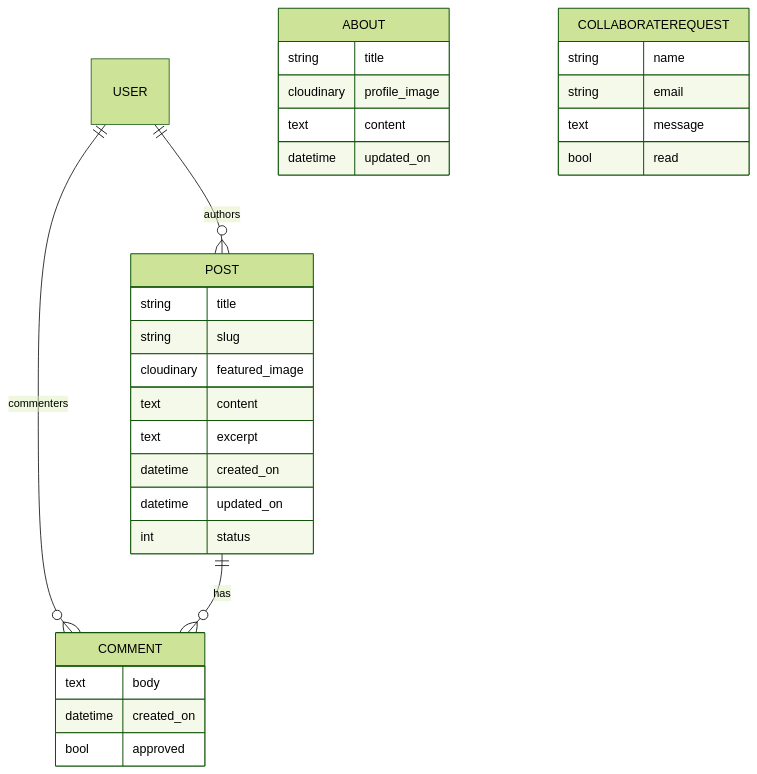
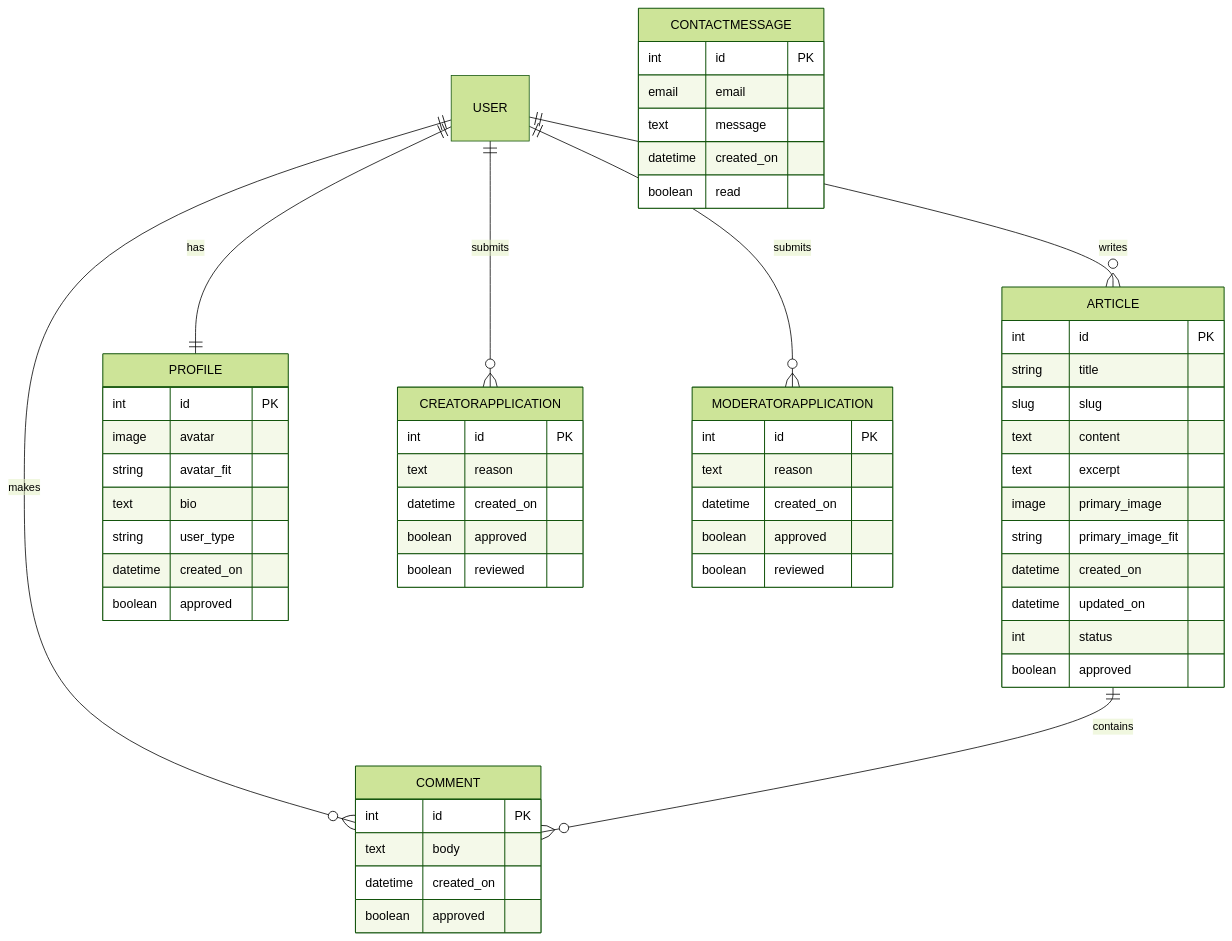
Before and after one commit to Ironmonkeynuts/tolkien_forum: the diagram in README.md, drawn with Mermaid (forest theme). The commit also changed other lines of this file, not shown here.

Commit message:
Add erDiagram for models. Update text in Wireframes section and in UX Scope and Structure

````diff
--- a/README.md
+++ b/README.md
@@ -319,33 +319,66 @@
 ```mermaid
 erDiagram
-    USER ||--o{ POST : "authors"
-    USER ||--o{ COMMENT : "commenters"
-    POST ||--o{ COMMENT : "has"
-    POST {
+
+    USER ||--o{ ARTICLE : writes
+    USER ||--o{ COMMENT : makes
+    USER ||--|| PROFILE : has
+    USER ||--o{ CREATORAPPLICATION : submits
+    USER ||--o{ MODERATORAPPLICATION : submits
+
+    ARTICLE ||--o{ COMMENT : contains
+
+    ARTICLE {
+        int id PK
         string title
-        string slug
-        cloudinary featured_image
+        slug slug
         text content
         text excerpt
+        image primary_image
+        string primary_image_fit
         datetime created_on
         datetime updated_on
         int status
+        boolean approved
     }
+
     COMMENT {
+        int id PK
         text body
         datetime created_on
-        bool approved
+        boolean approved
     }
-    ABOUT {
-        string title
-        cloudinary profile_image
-        text content
-        datetime updated_on
+
+    PROFILE {
+        int id PK
+        image avatar
+        string avatar_fit
+        text bio
+        string user_type
+        datetime created_on
+        boolean approved
     }
-    COLLABORATEREQUEST {
-        string name
-        string email
+
+    CONTACTMESSAGE {
+        int id PK
+        email email
         text message
-        bool read
+        datetime created_on
+        boolean read
+    }
+
+    CREATORAPPLICATION {
+        int id PK
+        text reason
+        datetime created_on
+        boolean approved
+        boolean reviewed
+    }
+
+    MODERATORAPPLICATION {
+        int id PK
+        text reason
+        datetime created_on
+        boolean approved
+        boolean reviewed
     }
 ```
````
